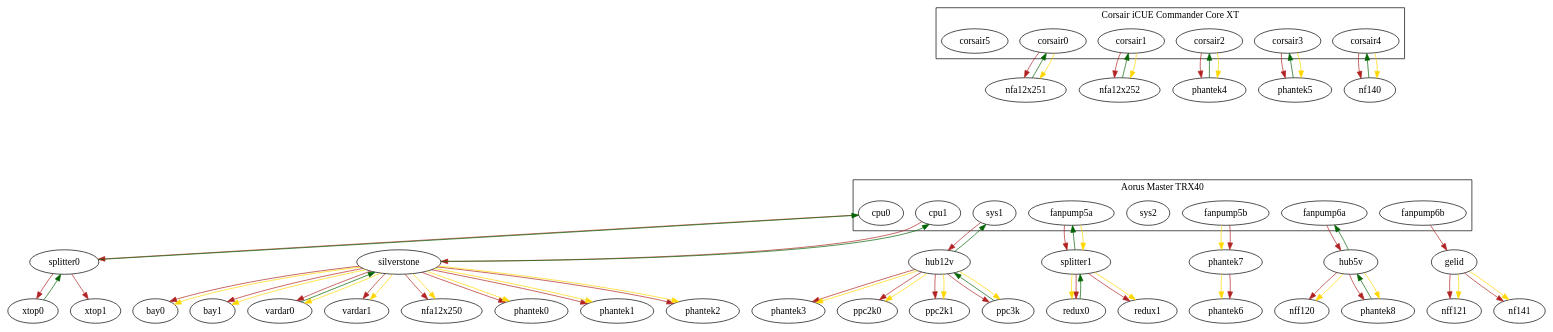
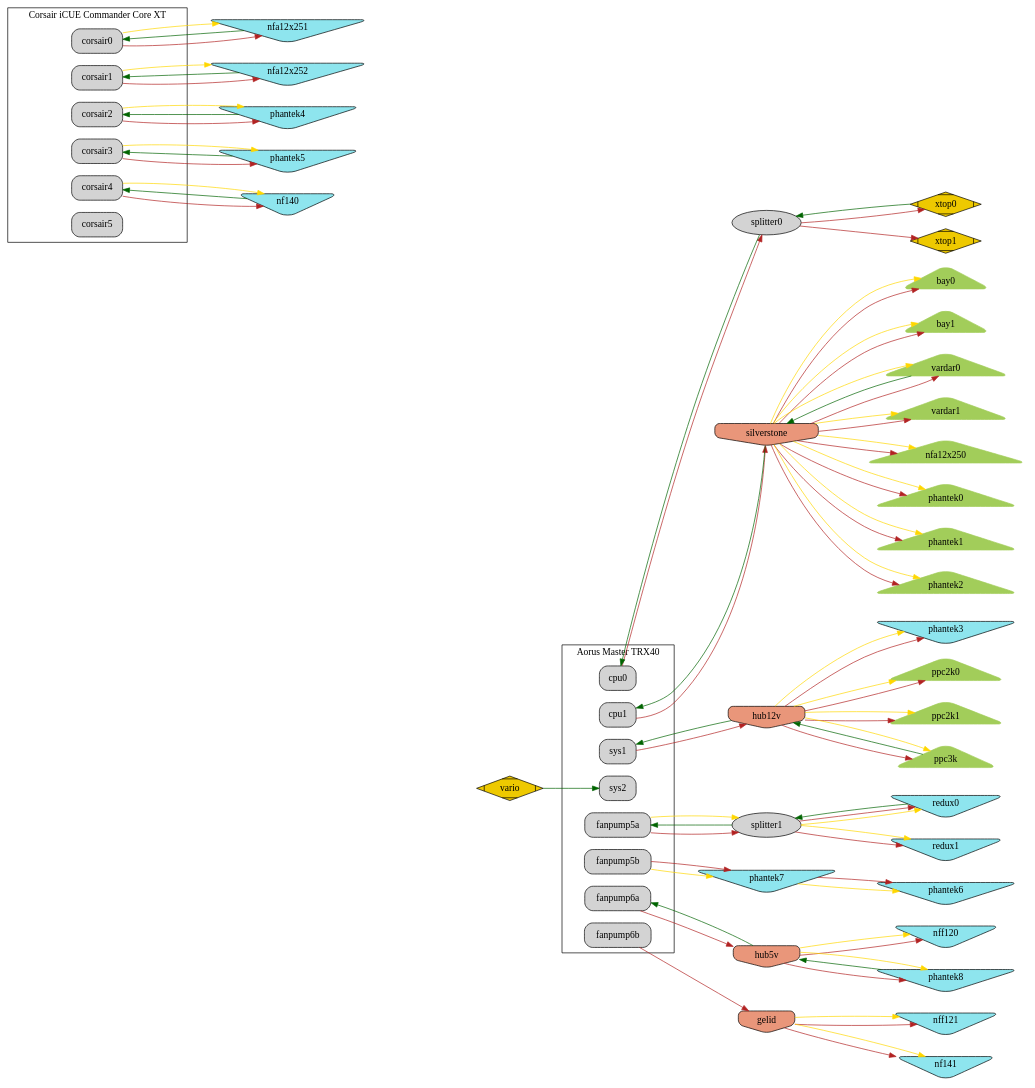
The diagram in schwarz-cool.dot (dankamongmen/openscad-models), drawn with Graphviz before and after one commit.

Commit message:
improve cooling graph

```diff
--- a/schwarz-cool.dot
+++ b/schwarz-cool.dot
@@ -1,119 +1,162 @@
 digraph {
 	compound=true;
 	packmode="graph";
+  rankdir="LR";
+  node [style="rounded,filled"];
 
   subgraph clusterMobo {
 		label="Aorus Master TRX40";
-	  cpu0
-		cpu1
-		sys1
-		sys2
-		fanpump5a
-		fanpump5b
-		fanpump6a
-		fanpump6b
+	  cpu0 [shape=box];
+		cpu1 [shape=box];
+		sys1 [shape=box];
+		sys2 [shape=box];
+		fanpump5a [shape=box];
+		fanpump5b [shape=box];
+		fanpump6a [shape=box];
+		fanpump6b [shape=box];
 	}
 
   subgraph clusterCorsair {
 	  label="Corsair iCUE Commander Core XT";
-		corsair0
-		corsair1
-		corsair2
-		corsair3
-		corsair4
-		corsair5
+		corsair0 [shape=box];
+		corsair1 [shape=box];
+		corsair2 [shape=box];
+		corsair3 [shape=box];
+		corsair4 [shape=box];
+		corsair5 [shape=box];
 	}
 
   // pwm report: darkgreen
 	// pwm control: firebrick
 	// 12v power: gold
 
 	// cpu0
+	xtop0 -> splitter0 [ color="darkgreen" ];
   splitter0 -> cpu0 [ color="darkgreen" ];
 	cpu0 -> splitter0 [ color="firebrick" ];
-	xtop0 -> splitter0 [ color="darkgreen" ];
 	splitter0 -> xtop0 [ color="firebrick" ];
 	splitter0 -> xtop1 [ color="firebrick" ];
+
+  xtop0 [shape=Mdiamond, fillcolor=gold2];
+  xtop1 [shape=Mdiamond, fillcolor=gold2];
+  vario [shape=Mdiamond, fillcolor=gold2];
 
 	// cpu1
 	silverstone -> cpu1 [ color="darkgreen" ];
 	cpu1 -> silverstone [ color="firebrick" ];
   silverstone -> bay0 [ color="firebrick" ];
   silverstone -> bay1 [ color="firebrick" ];
 	vardar0 -> silverstone [ color="darkgreen" ];
 	silverstone -> vardar0 [ color="firebrick" ];
 	silverstone -> vardar1 [ color="firebrick" ];
 	silverstone -> nfa12x250 [ color="firebrick" ];
 	silverstone -> phantek0 [ color="firebrick" ];
 	silverstone -> phantek1 [ color="firebrick" ];
 	silverstone -> phantek2 [ color="firebrick" ];
   silverstone -> bay0 [ color="gold" ];
   silverstone -> bay1 [ color="gold" ];
 	silverstone -> vardar0 [ color="gold" ];
 	silverstone -> vardar1 [ color="gold" ];
 	silverstone -> nfa12x250 [ color="gold" ];
 	silverstone -> phantek0 [ color="gold" ];
 	silverstone -> phantek1 [ color="gold" ];
 	silverstone -> phantek2 [ color="gold" ];
 
+	// triangles are outflow, invtriangles are inflow
+  phantek0 [shape=triangle, color=darkolivegreen3];
+  phantek1 [shape=triangle, color=darkolivegreen3];
+  phantek2 [shape=triangle, color=darkolivegreen3];
+  bay0 [shape=triangle, color=darkolivegreen3];
+  bay1 [shape=triangle, color=darkolivegreen3];
+  vardar0 [shape=triangle, color=darkolivegreen3];
+  vardar1 [shape=triangle, color=darkolivegreen3];
+  nfa12x250 [shape=triangle, color=darkolivegreen3];
+
 	// sys1
 	hub12v -> sys1 [ color="darkgreen" ];
 	sys1 -> hub12v [ color="firebrick" ];
 	hub12v -> phantek3 [ color="firebrick" ];
 	hub12v -> phantek3 [ color="gold" ];
 	hub12v -> ppc2k0 [ color="firebrick" ];
 	hub12v -> ppc2k0 [ color="gold" ];
 	hub12v -> ppc2k1 [ color="firebrick" ];
 	hub12v -> ppc2k1 [ color="gold" ];
 	ppc3k -> hub12v [ color="darkgreen" ];
 	hub12v -> ppc3k [ color="firebrick" ];
 	hub12v -> ppc3k [ color="gold" ];
 
+  phantek3 [shape=invtriangle, fillcolor=cadetblue2];
+  ppc2k0 [shape=triangle, color=darkolivegreen3];
+  ppc2k1 [shape=triangle, color=darkolivegreen3];
+  ppc3k [shape=triangle, color=darkolivegreen3];
+
   // sys2
-	sys2;
+	vario -> sys2 [ color="darkgreen" ];
 
   // fanpump5 a and b. b is ignored for reporting.
 	fanpump5b -> phantek7 [ color="gold" ];
 	fanpump5b -> phantek7 [ color="firebrick" ];
 	phantek7 -> phantek6 [ color="gold" ];
 	phantek7 -> phantek6 [ color="firebrick" ];
 	redux0 -> splitter1 [ color="darkgreen" ];
 	splitter1 -> fanpump5a [ color="darkgreen" ];
 	fanpump5a -> splitter1 [ color="firebrick" ];
 	fanpump5a -> splitter1 [ color="gold" ];
 	splitter1 -> redux0 [ color="firebrick" ];
 	splitter1 -> redux0 [ color="gold" ];
 	splitter1 -> redux1 [ color="firebrick" ];
 	splitter1 -> redux1 [ color="gold" ];
 
+  redux0 [shape=invtriangle, fillcolor=cadetblue2];
+  redux1 [shape=invtriangle, fillcolor=cadetblue2];
+  phantek6 [shape=invtriangle, fillcolor=cadetblue2];
+  phantek7 [shape=invtriangle, fillcolor=cadetblue2];
+
   // fanpump6 a and b. b is ignored for reporting.
 	hub5v -> fanpump6a [ color="darkgreen" ];
 	fanpump6a -> hub5v [ color="firebrick" ];
 	hub5v -> nff120 [ color="firebrick" ];
   hub5v -> nff120 [ color="gold" ];
 	phantek8 -> hub5v [ color="darkgreen" ];
 	hub5v -> phantek8 [ color="firebrick" ];
   hub5v -> phantek8 [ color="gold" ];
 	fanpump6b -> gelid [ color="firebrick" ];
 	gelid -> nff121 [ color="firebrick" ];
 	gelid -> nff121 [ color="gold" ];
 	gelid -> nf141 [ color="firebrick" ];
 	gelid -> nf141 [ color="gold" ];
+
+  gelid [shape=invhouse, fillcolor=darksalmon];
+	hub5v [shape=invhouse, fillcolor=darksalmon];
+	hub12v [shape=invhouse, fillcolor=darksalmon];
+	silverstone [shape=invhouse, fillcolor=darksalmon];
+
+  nff120 [shape=invtriangle, fillcolor=cadetblue2];
+  nff121 [shape=invtriangle, fillcolor=cadetblue2];
+  nf141 [shape=invtriangle, fillcolor=cadetblue2];
+  phantek8 [shape=invtriangle, fillcolor=cadetblue2];
 
 	// corsair
   nfa12x251 -> corsair0 [ color="darkgreen" ];
   corsair0 -> nfa12x251 [ color="firebrick" ];
   corsair0 -> nfa12x251 [ color="gold" ];
   nfa12x252 -> corsair1 [ color="darkgreen" ];
   corsair1 -> nfa12x252 [ color="firebrick" ];
   corsair1 -> nfa12x252 [ color="gold" ];
 	phantek4 -> corsair2 [ color="darkgreen" ];
 	corsair2 -> phantek4 [ color="firebrick" ];
 	corsair2 -> phantek4 [ color="gold" ];
 	phantek5 -> corsair3 [ color="darkgreen" ];
 	corsair3 -> phantek5 [ color="firebrick" ];
 	corsair3 -> phantek5 [ color="gold" ];
 	nf140 -> corsair4 [ color="darkgreen" ];
 	corsair4 -> nf140 [ color="firebrick" ];
 	corsair4 -> nf140 [ color="gold" ];
+
+  nfa12x251 [shape=invtriangle, fillcolor=cadetblue2];
+  nfa12x252 [shape=invtriangle, fillcolor=cadetblue2];
+  phantek4 [shape=invtriangle, fillcolor=cadetblue2];
+  phantek5 [shape=invtriangle, fillcolor=cadetblue2];
+	nf140 [shape=invtriangle, fillcolor=cadetblue2];
+
 }
```
